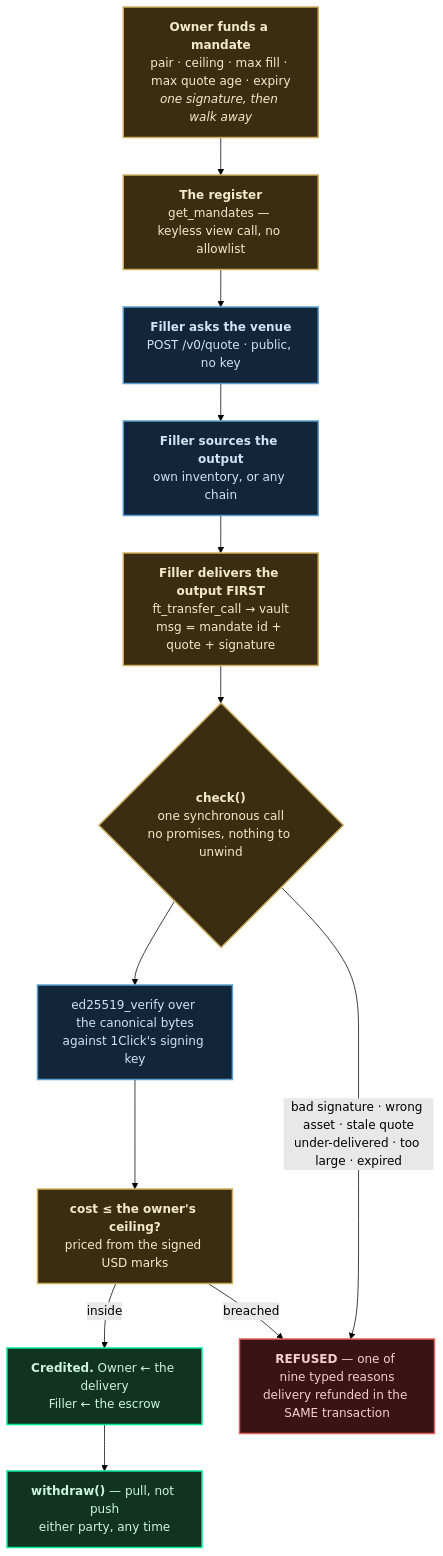
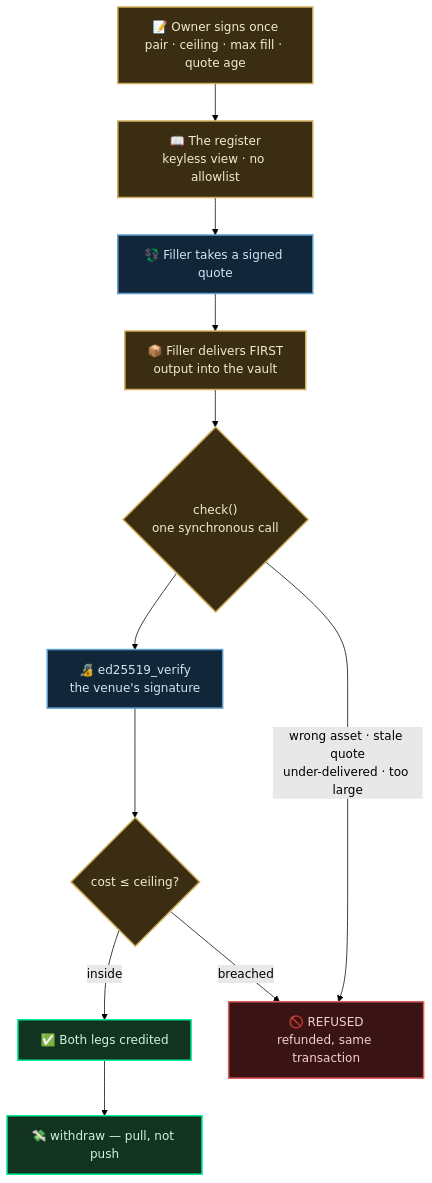
The first of 2 diagrams in README.md (Madhav-Gupta-28/Hallmark), drawn with Mermaid (forest theme) before and after one commit. The commit also changed other lines of this file, not shown here.

````diff
--- a/README.md
+++ b/README.md
@@ -114,25 +96,23 @@
 ```mermaid
 flowchart TD
-    A["<b>Owner funds a mandate</b><br/>pair · ceiling · max fill · max quote age · expiry<br/><i>one signature, then walk away</i>"]:::ours
-    B["<b>The register</b><br/>get_mandates — keyless view call, no allowlist"]:::ours
-    C["<b>Filler asks the venue</b><br/>POST /v0/quote · public, no key"]:::venue
-    D["<b>Filler sources the output</b><br/>own inventory, or any chain"]:::venue
-    E["<b>Filler delivers the output FIRST</b><br/>ft_transfer_call → vault<br/>msg = mandate id + quote + signature"]:::ours
-    F{"<b>check()</b><br/>one synchronous call<br/>no promises, nothing to unwind"}:::ours
-    G["ed25519_verify over the canonical bytes<br/>against 1Click's signing key"]:::venue
-    H["<b>cost ≤ the owner's ceiling?</b><br/>priced from the signed USD marks"]:::ours
-    I["<b>Credited.</b> Owner ← the delivery<br/>Filler ← the escrow"]:::good
-    J["<b>REFUSED</b> — one of nine typed reasons<br/>delivery refunded in the SAME transaction"]:::bad
-    K["<b>withdraw()</b> — pull, not push<br/>either party, any time"]:::good
+    A["📝 Owner signs once<br/>pair · ceiling · max fill · quote age"]:::ours
+    B["📖 The register<br/>keyless view · no allowlist"]:::ours
+    C["💱 Filler takes a signed quote"]:::venue
+    D["📦 Filler delivers FIRST<br/>output into the vault"]:::ours
+    E{"check()<br/>one synchronous call"}:::ours
+    F["🔏 ed25519_verify<br/>the venue's signature"]:::venue
+    G{"cost ≤ ceiling?"}:::ours
+    H["✅ Both legs credited"]:::good
+    I["🚫 REFUSED<br/>refunded, same transaction"]:::bad
+    J["💸 withdraw — pull, not push"]:::good
 
-    A --> B --> C --> D --> E --> F
-    F --> G --> H
-    H -- "inside" --> I --> K
-    H -- "breached" --> J
-    F -- "bad signature · wrong asset · stale quote<br/>under-delivered · too large · expired" --> J
+    A --> B --> C --> D --> E --> F --> G
+    G -- inside --> H --> J
+    G -- breached --> I
+    E -- "wrong asset · stale quote<br/>under-delivered · too large" --> I
 
     classDef ours fill:#3a2d12,stroke:#cfae5e,stroke-width:2px,color:#f5e9cf
     classDef venue fill:#12263a,stroke:#5e9ecf,stroke-width:2px,color:#cfe4f5
     classDef good fill:#12331f,stroke:#00ec97,stroke-width:2px,color:#ccf5e2
     classDef bad fill:#3a1414,stroke:#e06060,stroke-width:2px,color:#f5cfcf
 ```
````
